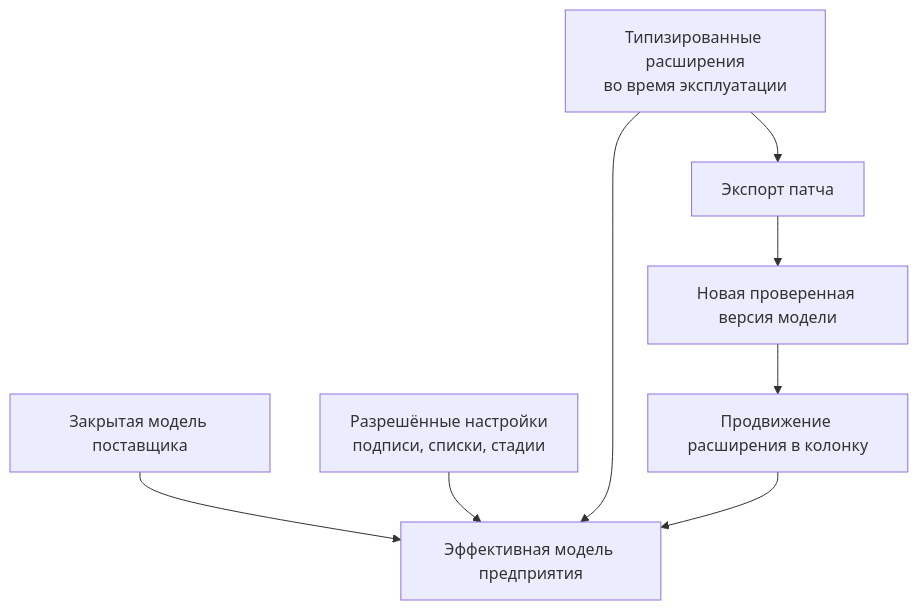
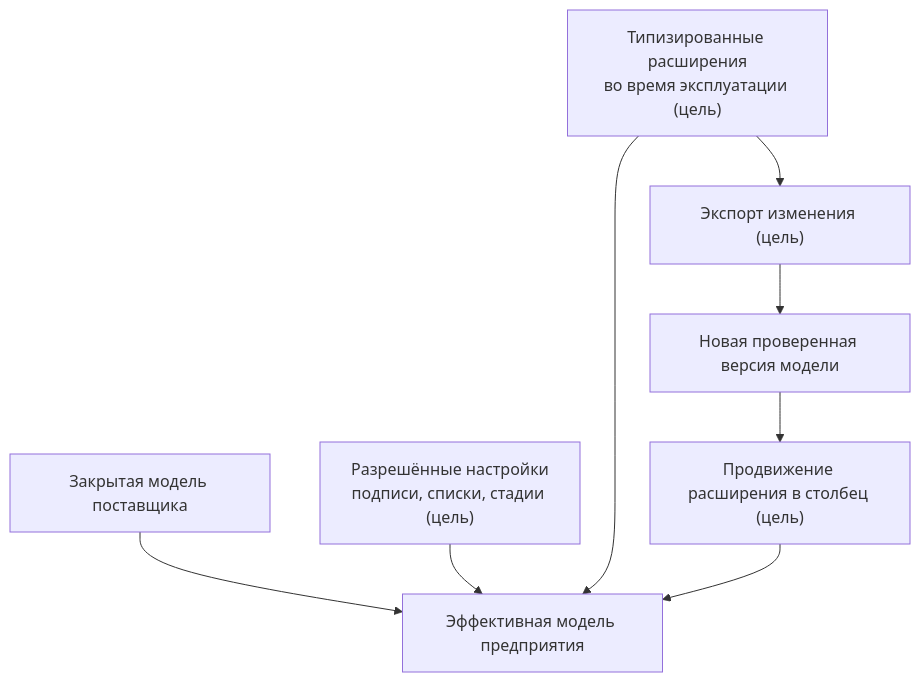
Before and after one commit to ZelAnton/Interlink-product-book: the diagram in docs/data-structure/05-extensibility-and-customization.md, drawn with Mermaid. The commit also changed other lines of this file and 231 other files, not shown here.

````diff
--- a/docs/data-structure/05-extensibility-and-customization.md
+++ b/docs/data-structure/05-extensibility-and-customization.md
@@ -9,10 +9,10 @@
 ```mermaid
 flowchart TD
     A["Закрытая модель поставщика"] --> D["Эффективная модель предприятия"]
-    B["Разрешённые настройки<br/>подписи, списки, стадии"] --> D
-    C["Типизированные расширения<br/>во время эксплуатации"] --> D
-    C --> E["Экспорт патча"]
+    B["Разрешённые настройки<br/>подписи, списки, стадии (цель)"] --> D
+    C["Типизированные расширения<br/>во время эксплуатации (цель)"] --> D
+    C --> E["Экспорт изменения (цель)"]
     E --> F["Новая проверенная версия модели"]
-    F --> G["Продвижение расширения в колонку"]
+    F --> G["Продвижение расширения в столбец (цель)"]
     G --> D
 ```
````
